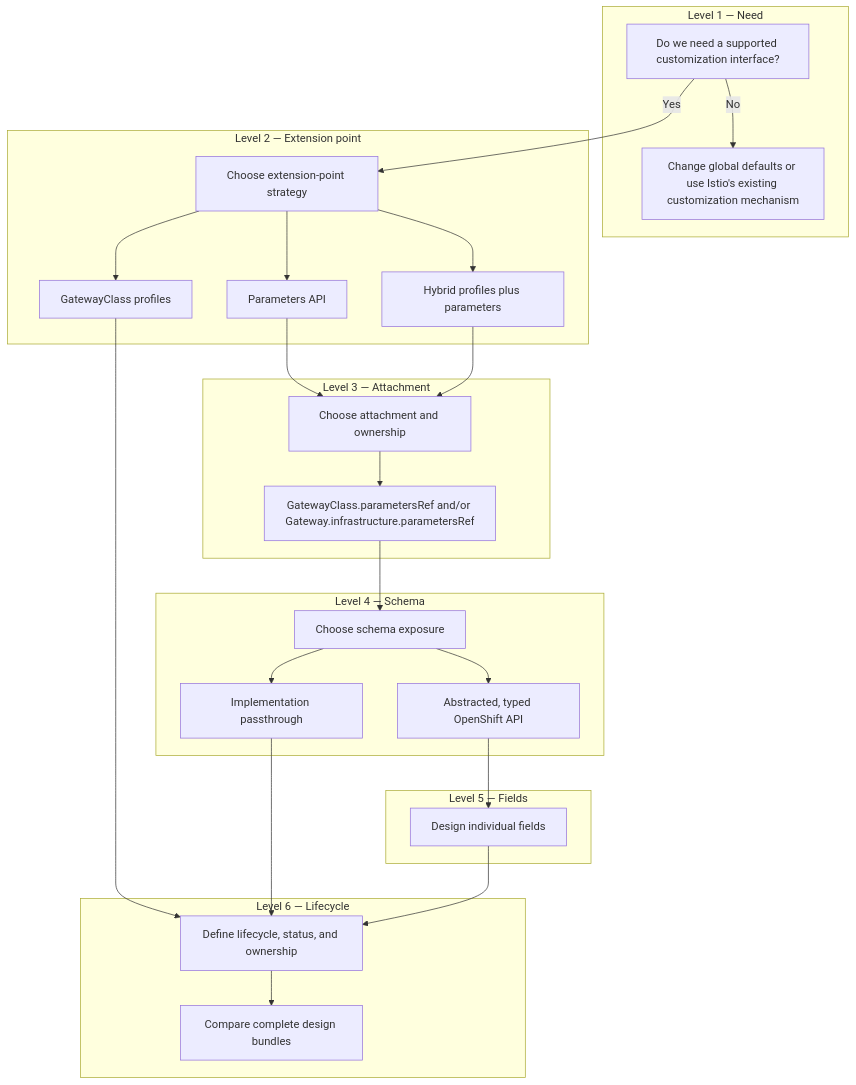
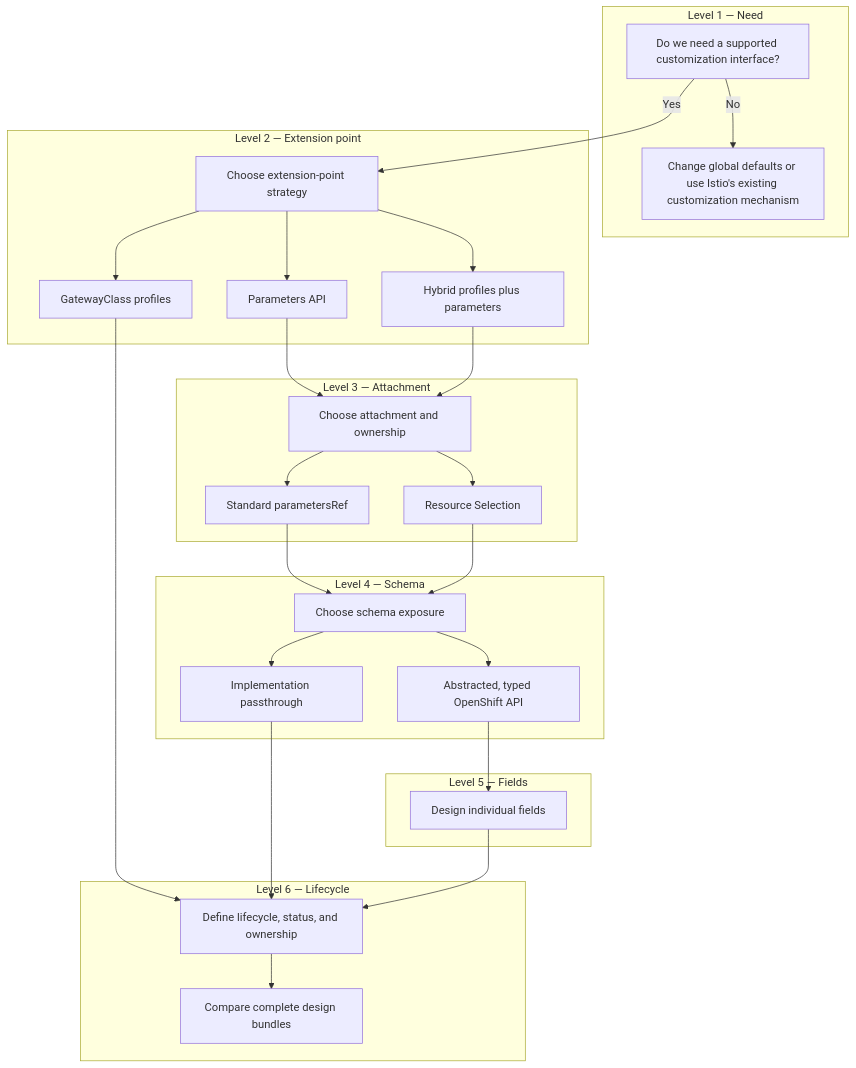
Before and after one commit to gcs278/cluster-ingress-operator: the diagram in docs/gateway-customization/decision-framework.md, drawn with Mermaid. The commit also changed other lines of this file, not shown here.

Commit message:
Add resource selection attachment option

````diff
--- a/docs/gateway-customization/decision-framework.md
+++ b/docs/gateway-customization/decision-framework.md
@@ -5,51 +5,54 @@
 ```mermaid
 flowchart TD
     subgraph L1["Level 1 — Need"]
         A[Do we need a supported customization interface?]
         B[Change global defaults or use Istio's existing customization mechanism]
         A -->|No| B
     end
 
     subgraph L2["Level 2 — Extension point"]
         C[Choose extension-point strategy]
         D[Parameters API]
         E[GatewayClass profiles]
         F[Hybrid profiles plus parameters]
         C --> D
         C --> E
         C --> F
     end
 
     subgraph L3["Level 3 — Attachment"]
         G[Choose attachment and ownership]
-        H[GatewayClass.parametersRef and/or Gateway.infrastructure.parametersRef]
+        H[Standard parametersRef]
+        R[Resource Selection]
         G --> H
+        G --> R
     end
 
     subgraph L4["Level 4 — Schema"]
         I[Choose schema exposure]
         J[Abstracted, typed OpenShift API]
         K[Implementation passthrough]
         I --> J
         I --> K
     end
 
     subgraph L5["Level 5 — Fields"]
         M[Design individual fields]
     end
 
     subgraph L6["Level 6 — Lifecycle"]
         N[Define lifecycle, status, and ownership]
         O[Compare complete design bundles]
         N --> O
     end
 
     A -->|Yes| C
     D --> G
     F --> G
     E --> N
     H --> I
+    R --> I
     J --> M
     K --> N
     M --> N
 ```
````
